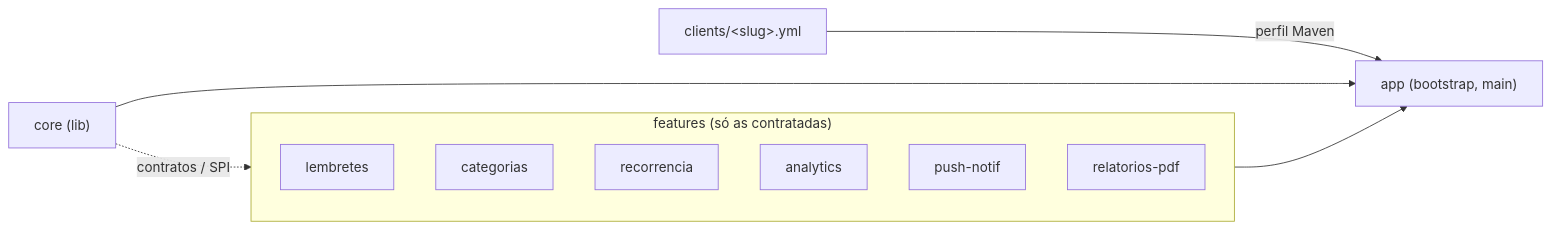
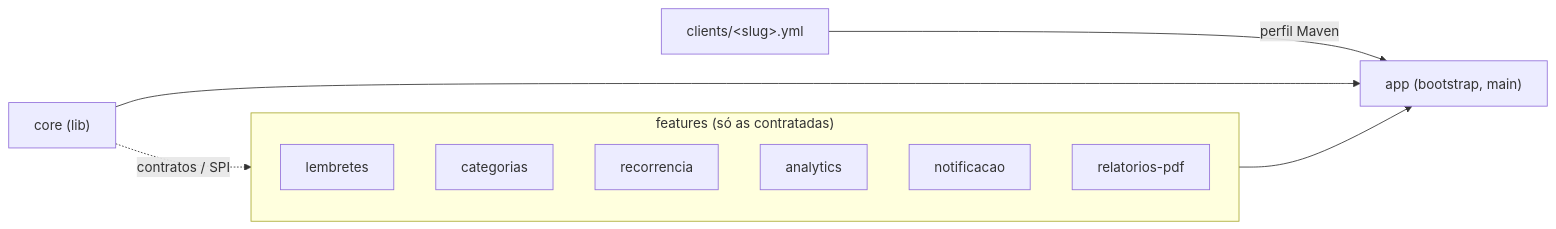
The first of 2 diagrams in README.md (BrennoKM/LPsoft), drawn with Mermaid before and after one commit. The commit also changed other lines of this file and 43 other files, not shown here.

````diff
--- a/README.md
+++ b/README.md
@@ -100,15 +86,15 @@
 ```mermaid
 flowchart LR
   M["clients/&lt;slug&gt;.yml"] -->|perfil Maven| APP
   CORE["core (lib)"] --> APP["app (bootstrap, main)"]
   subgraph features["features (só as contratadas)"]
     F1[lembretes]
     F2[categorias]
     F3[recorrencia]
     F4[analytics]
-    F5[push-notif]
+    F5[notificacao]
     F6[relatorios-pdf]
   end
   features --> APP
   CORE -.contratos / SPI.-> features
 ```
````
